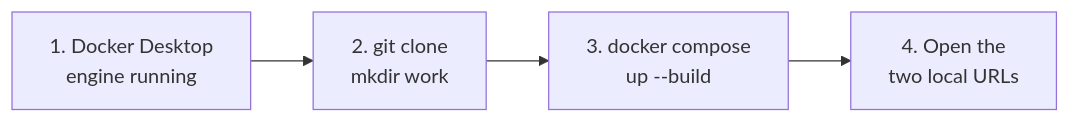
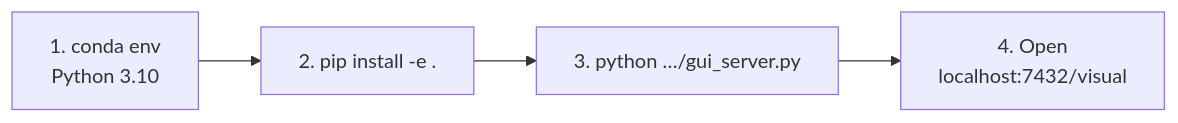
Before and after one commit to Milo-group/DescriPyTor: the first of 2 diagrams in docs/visual-guide.md, drawn with Mermaid. The commit also changed other lines of this file and 3 other files, not shown here.

First line of the commit message:
Lead first-run docs with conda and pip; keep Docker last.

````diff
--- a/docs/visual-guide.md
+++ b/docs/visual-guide.md
@@ -11,6 +11,6 @@
 ```mermaid
 flowchart LR
-  A["1. Docker Desktop<br/>engine running"] --> B["2. git clone<br/>mkdir work"]
-  B --> C["3. docker compose<br/>up --build"]
-  C --> D["4. Open the<br/>two local URLs"]
+  A["1. conda env<br/>Python 3.10"] --> B["2. pip install -e ."]
+  B --> C["3. python …/gui_server.py"]
+  C --> D["4. Open<br/>localhost:7432/visual"]
 ```
````
